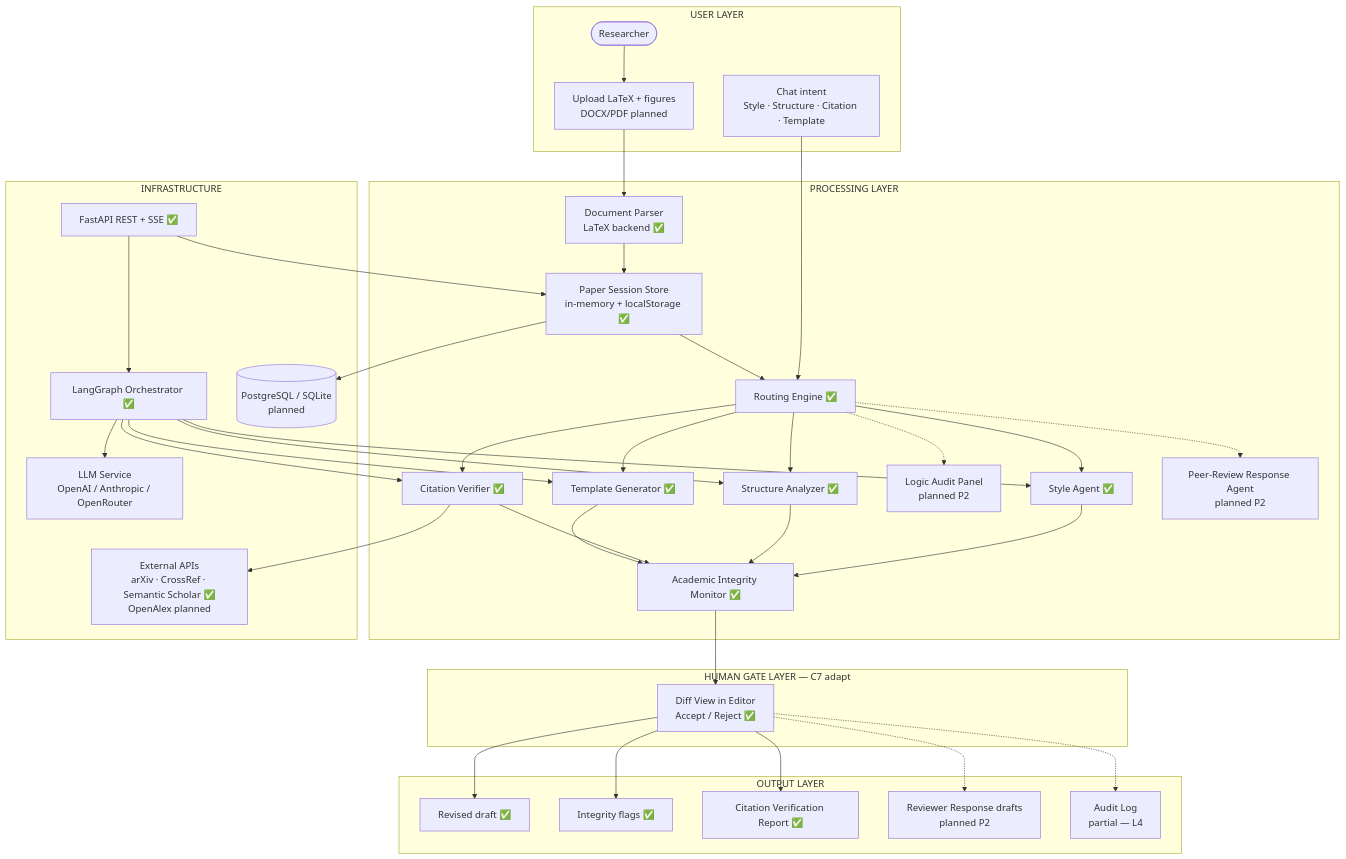
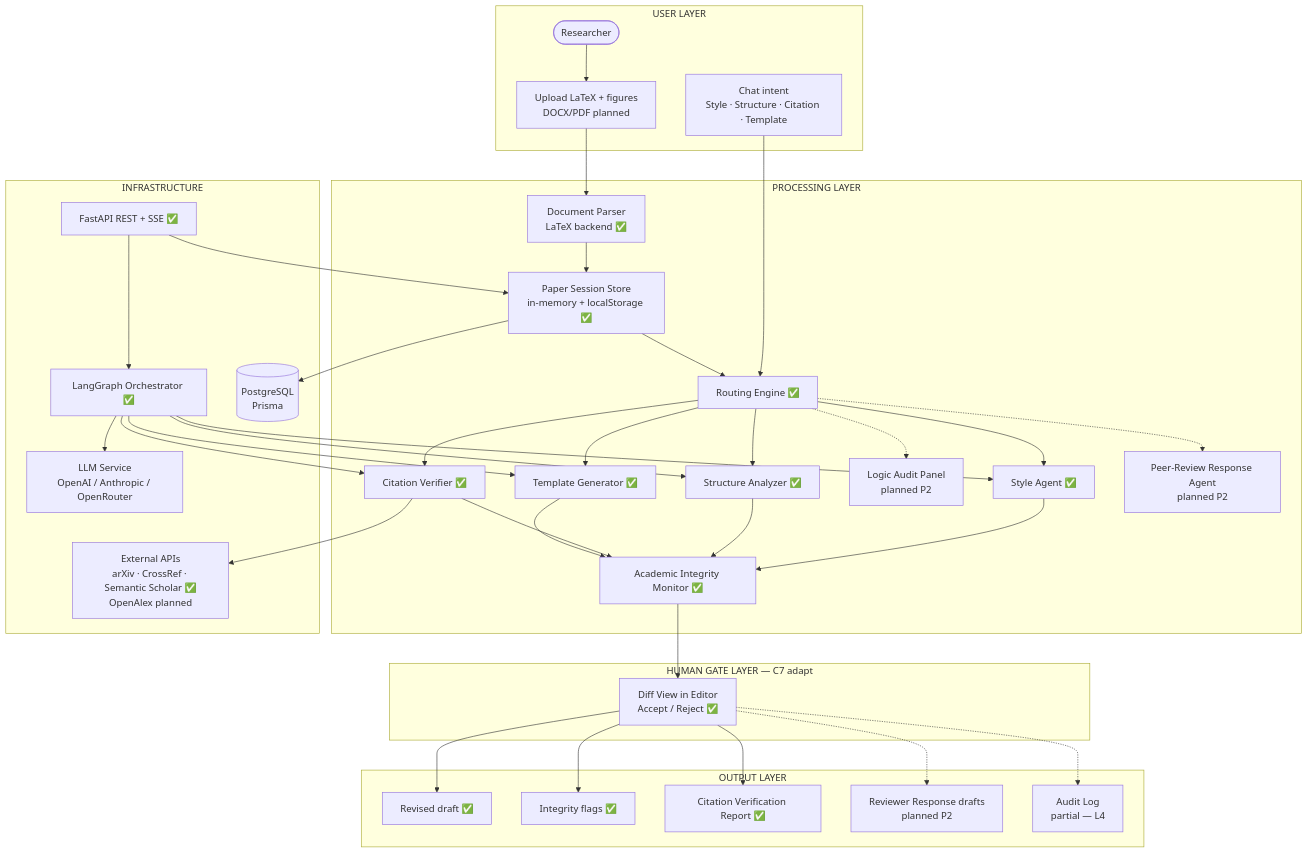
Before and after one commit to Tai-TZ/arionear-ai-paper-editor: the first of 5 diagrams in ARCHITECTURE.md, drawn with Mermaid. The commit also changed other lines of this file and 34 other files, not shown here.

````diff
--- a/ARCHITECTURE.md
+++ b/ARCHITECTURE.md
@@ -41,56 +41,56 @@
 ```mermaid
 flowchart TB
     subgraph UL["USER LAYER"]
         U([Researcher])
         UP[Upload LaTeX + figures<br/>DOCX/PDF planned]
         UF[Chat intent<br/>Style · Structure · Citation · Template]
     end
 
     subgraph PL["PROCESSING LAYER"]
         DP[Document Parser<br/>LaTeX backend ✅]
         PSS[Paper Session Store<br/>in-memory + localStorage ✅]
         RE[Routing Engine ✅]
         SA[Style Agent ✅]
         TN[Template Generator ✅]
         ST[Structure Analyzer ✅]
         LA[Logic Audit Panel<br/>planned P2]
         CV[Citation Verifier ✅]
         PR[Peer-Review Response Agent<br/>planned P2]
         AIM[Academic Integrity Monitor ✅]
     end
 
     subgraph HGL["HUMAN GATE LAYER — C7 adapt"]
         DIFF[Diff View in Editor<br/>Accept / Reject ✅]
     end
 
     subgraph OL["OUTPUT LAYER"]
         RD[Revised draft ✅]
         IR[Integrity flags ✅]
         CR[Citation Verification Report ✅]
         RR[Reviewer Response drafts<br/>planned P2]
         AL[Audit Log<br/>partial — L4]
     end
 
     subgraph INF["INFRASTRUCTURE"]
         API[FastAPI REST + SSE ✅]
         LG[LangGraph Orchestrator ✅]
         LLM[LLM Service<br/>OpenAI / Anthropic / OpenRouter]
-        DB[(PostgreSQL / SQLite<br/>planned)]
+        DB[(PostgreSQL<br/>Prisma)]
         EXT[External APIs<br/>arXiv · CrossRef · Semantic Scholar ✅<br/>OpenAlex planned]
     end
 
     U --> UP --> DP
     UF --> RE
     DP --> PSS --> RE
     RE --> SA & ST & CV & TN
     RE -.-> LA & PR
     SA & ST & CV & TN --> AIM
     AIM --> DIFF
     DIFF --> RD & IR & CR
     DIFF -.-> RR & AL
     API --> LG --> SA & ST & CV & TN
     LG --> LLM
     CV --> EXT
     PSS --> DB
     API --> PSS
 ```
````
